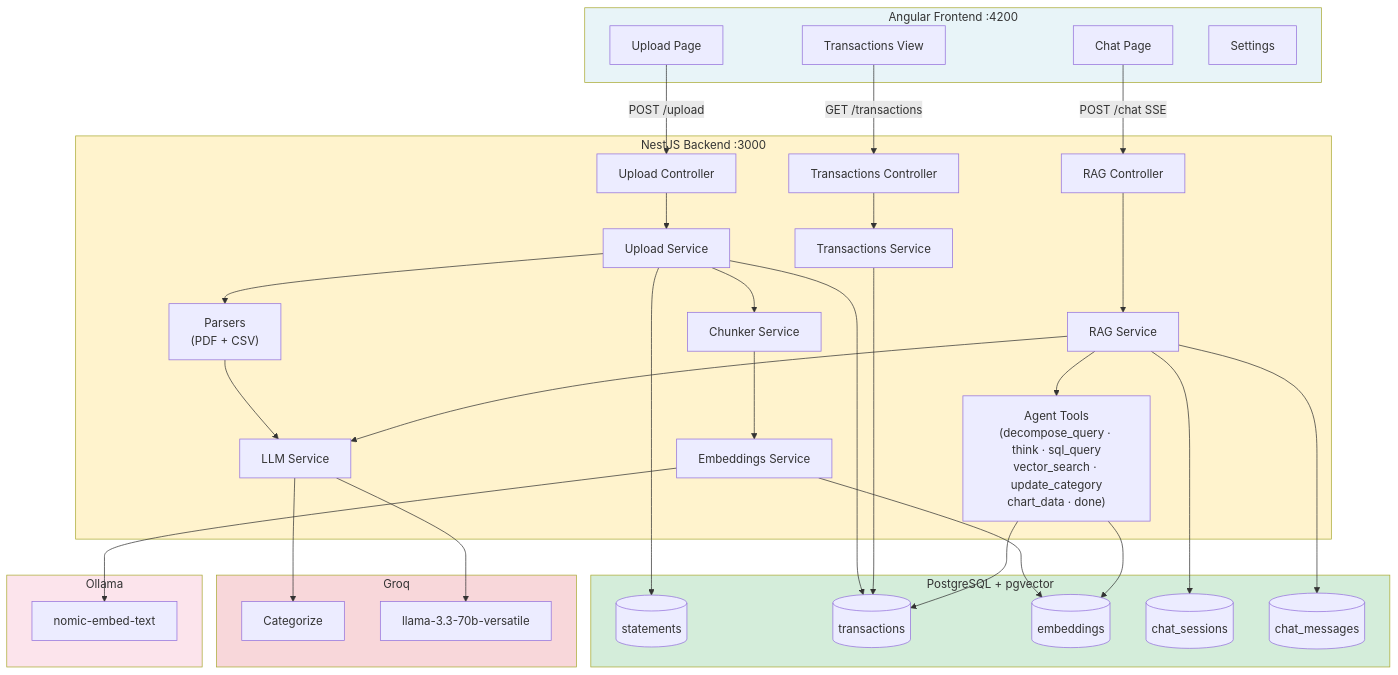
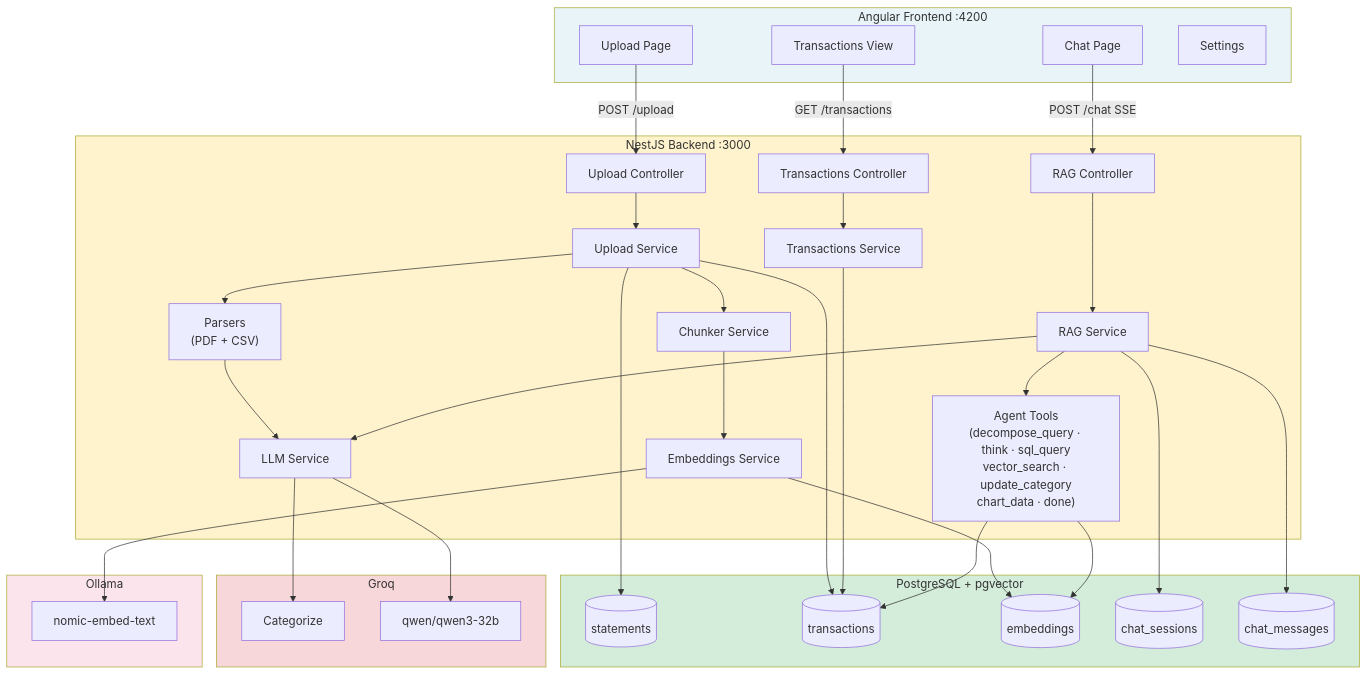
The first of 5 diagrams in docs/codebase-summary.md (darth-dodo/ledge), drawn with Mermaid before and after one commit. The commit also changed other lines of this file and 7 other files, not shown here.

````diff
--- a/docs/codebase-summary.md
+++ b/docs/codebase-summary.md
@@ -24,61 +24,61 @@
 ```mermaid
 graph TB
     subgraph Frontend ["Angular Frontend :4200"]
         UP[Upload Page]
         TX[Transactions View]
         CH[Chat Page]
         ST[Settings]
     end
 
     subgraph Backend ["NestJS Backend :3000"]
         UC[Upload Controller]
         TC[Transactions Controller]
         RC[RAG Controller]
 
         US[Upload Service]
         PS["Parsers\n(PDF + CSV)"]
         LS[LLM Service]
         CS[Chunker Service]
         ES[Embeddings Service]
         TS[Transactions Service]
         RS[RAG Service]
         AG["Agent Tools\n(decompose_query · think · sql_query\nvector_search · update_category\nchart_data · done)"]
     end
 
     subgraph DB ["PostgreSQL + pgvector"]
         S[(statements)]
         T[(transactions)]
         E[(embeddings)]
         CS2[(chat_sessions)]
         CM[(chat_messages)]
     end
 
     subgraph GroqAI ["Groq"]
         CAT[Categorize]
-        LLM[llama-3.3-70b-versatile]
+        LLM[qwen/qwen3-32b]
     end
 
     subgraph OllamaAI ["Ollama"]
         EMB[nomic-embed-text]
     end
 
     UP -->|POST /upload| UC
     TX -->|GET /transactions| TC
     CH -->|POST /chat SSE| RC
 
     UC --> US --> PS --> LS --> CAT
     US --> CS --> ES --> EMB
     US --> S & T
     ES --> E
     TC --> TS --> T
     RC --> RS --> LS --> LLM
     RS --> AG
     AG --> T & E
     RS --> CS2 & CM
 
     style Frontend fill:#e8f4f8
     style Backend fill:#fff3cd
     style DB fill:#d4edda
     style GroqAI fill:#f8d7da
     style OllamaAI fill:#fce4ec
 ```
````
